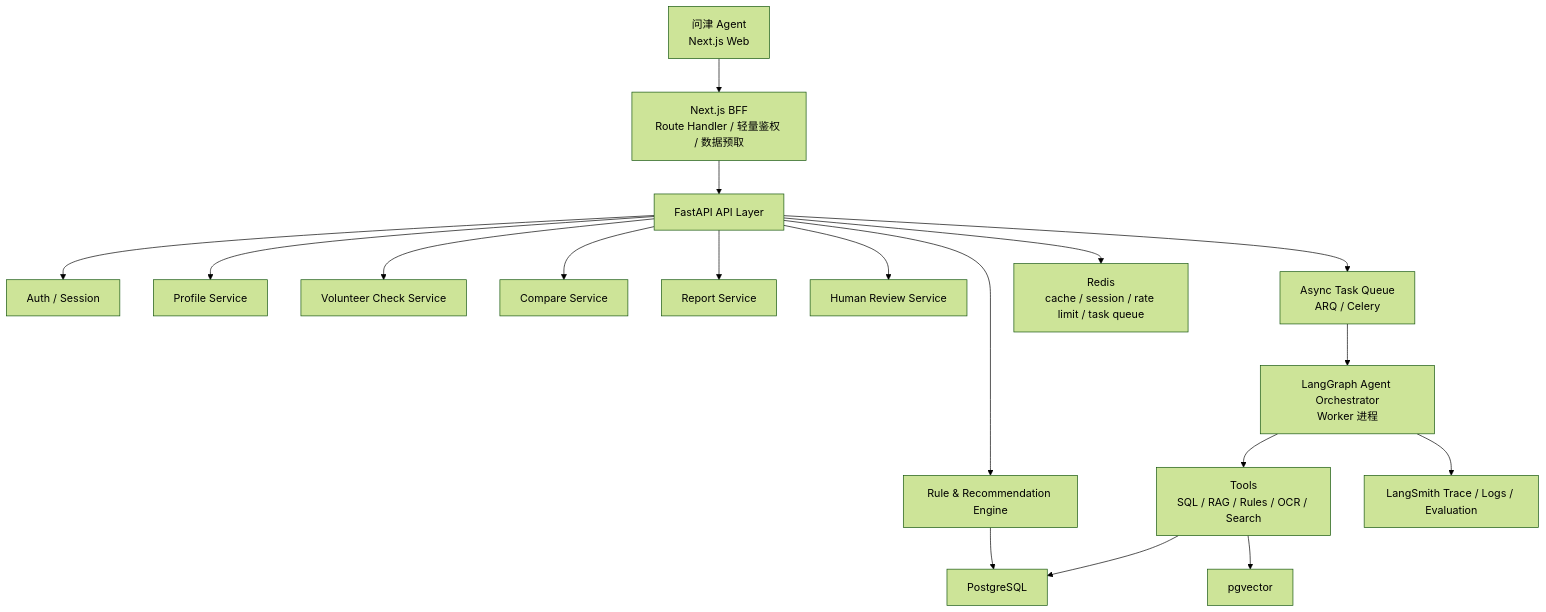
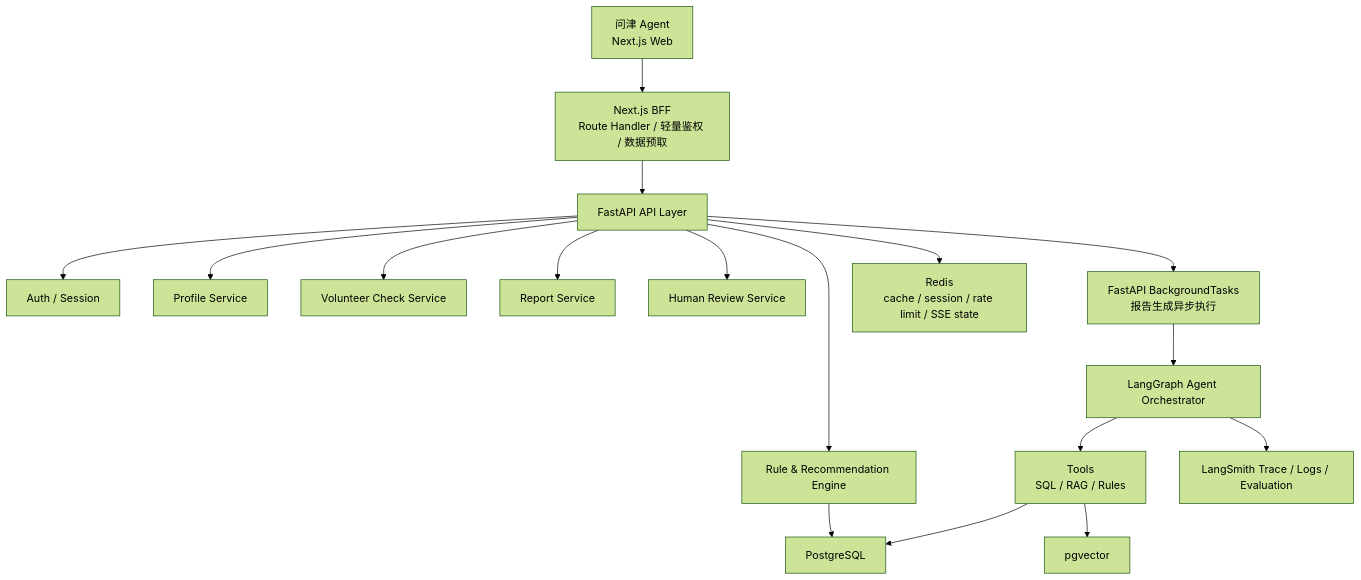
One commit to debugzhao/jin-guide changed the first of 4 diagrams in docs/backend-prd.md. Above: the diagram before and after it, drawn with Mermaid (forest theme). The commit also changed other lines of this file, not shown here.

````diff
--- a/docs/backend-prd.md
+++ b/docs/backend-prd.md
@@ -44,20 +45,19 @@
 ```mermaid
 flowchart TD
   FE["问津 Agent<br/>Next.js Web"] --> BFF["Next.js BFF<br/>Route Handler / 轻量鉴权 / 数据预取"]
   BFF --> API["FastAPI API Layer"]
   API --> AUTH["Auth / Session"]
   API --> PROFILE["Profile Service"]
   API --> CHECK["Volunteer Check Service"]
-  API --> COMPARE["Compare Service"]
   API --> REPORT["Report Service"]
   API --> REVIEW["Human Review Service"]
-  API --> QUEUE["Async Task Queue<br/>ARQ / Celery"]
-  QUEUE --> AGENT["LangGraph Agent Orchestrator<br/>Worker 进程"]
+  API --> BG["FastAPI BackgroundTasks<br/>报告生成异步执行"]
+  BG --> AGENT["LangGraph Agent Orchestrator"]
   API --> RULE["Rule & Recommendation Engine"]
   RULE --> SQL["PostgreSQL"]
-  AGENT --> TOOLS["Tools<br/>SQL / RAG / Rules / OCR / Search"]
+  AGENT --> TOOLS["Tools<br/>SQL / RAG / Rules"]
   TOOLS --> SQL
   TOOLS --> VDB["pgvector"]
-  API --> REDIS["Redis<br/>cache / session / rate limit / task queue"]
+  API --> REDIS["Redis<br/>cache / session / rate limit / SSE state"]
   AGENT --> TRACE["LangSmith Trace / Logs / Evaluation"]
 ```
````
